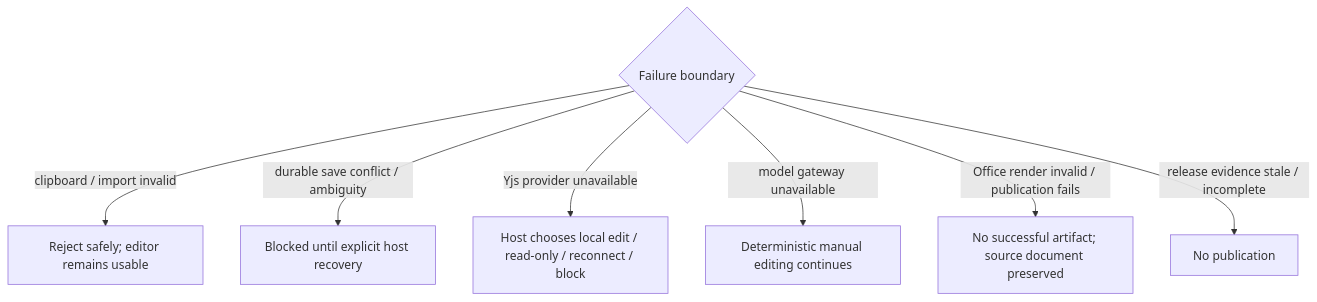
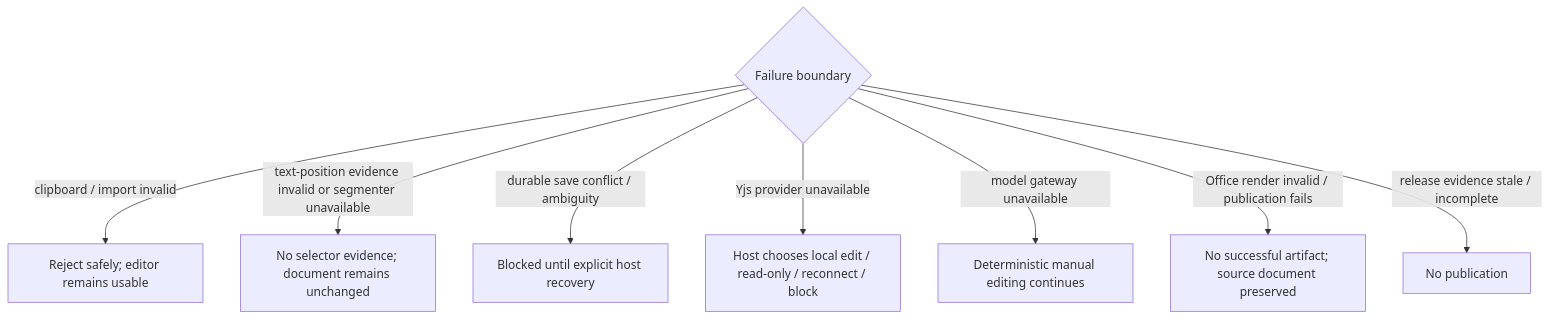
One commit to ContextualWisdomLab/inkspan changed diagram 17 of 18 in docs/UML.md. Above: the diagram before and after it, drawn with Mermaid. The commit also changed other lines of this file, not shown here.

Commit message:
docs(uml): diagram protected W3C selector evidence

````diff
--- a/docs/UML.md
+++ b/docs/UML.md
@@ -372,10 +403,11 @@
 ```mermaid
 flowchart TD
   Event{Failure boundary}
   Event -->|clipboard / import invalid| LocalReject[Reject safely; editor remains usable]
+  Event -->|text-position evidence invalid or segmenter unavailable| SelectorReject[No selector evidence; document remains unchanged]
   Event -->|durable save conflict / ambiguity| SaveBlocked[Blocked until explicit host recovery]
   Event -->|Yjs provider unavailable| CollabDegraded[Host chooses local edit / read-only / reconnect / block]
   Event -->|model gateway unavailable| ManualMode[Deterministic manual editing continues]
   Event -->|Office render invalid / publication fails| RenderFailed[No successful artifact; source document preserved]
   Event -->|release evidence stale / incomplete| ReleaseBlocked[No publication]
 ```
````
